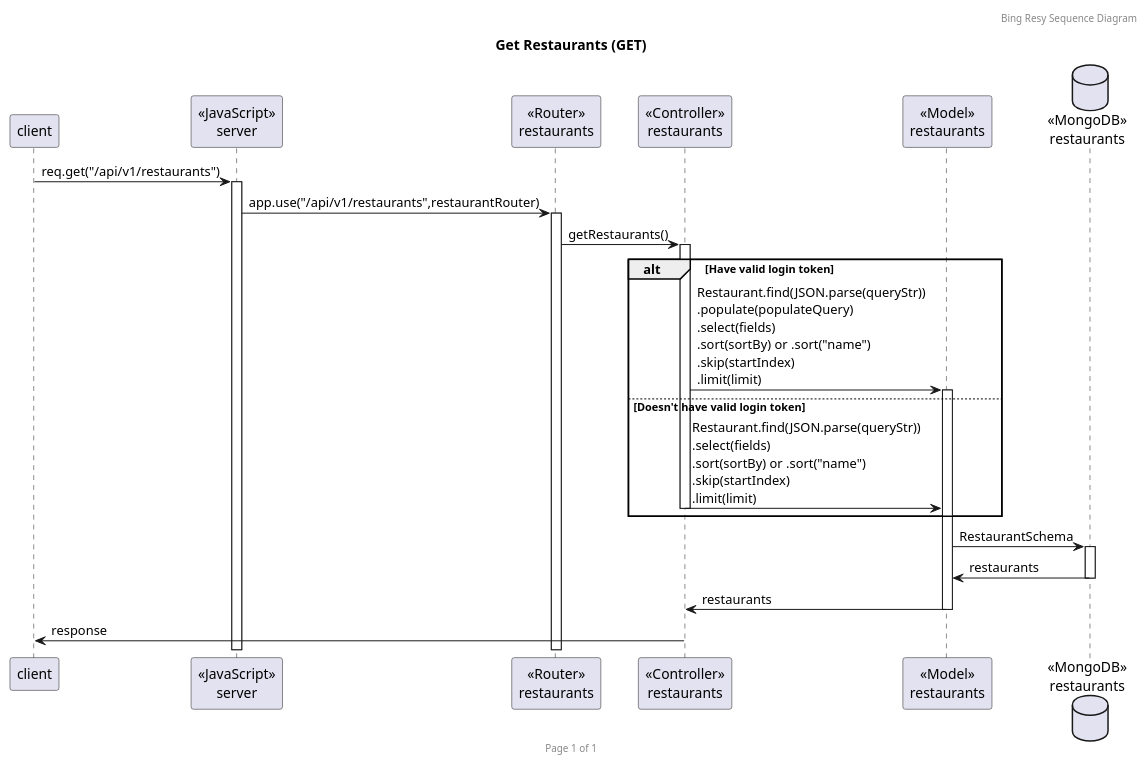
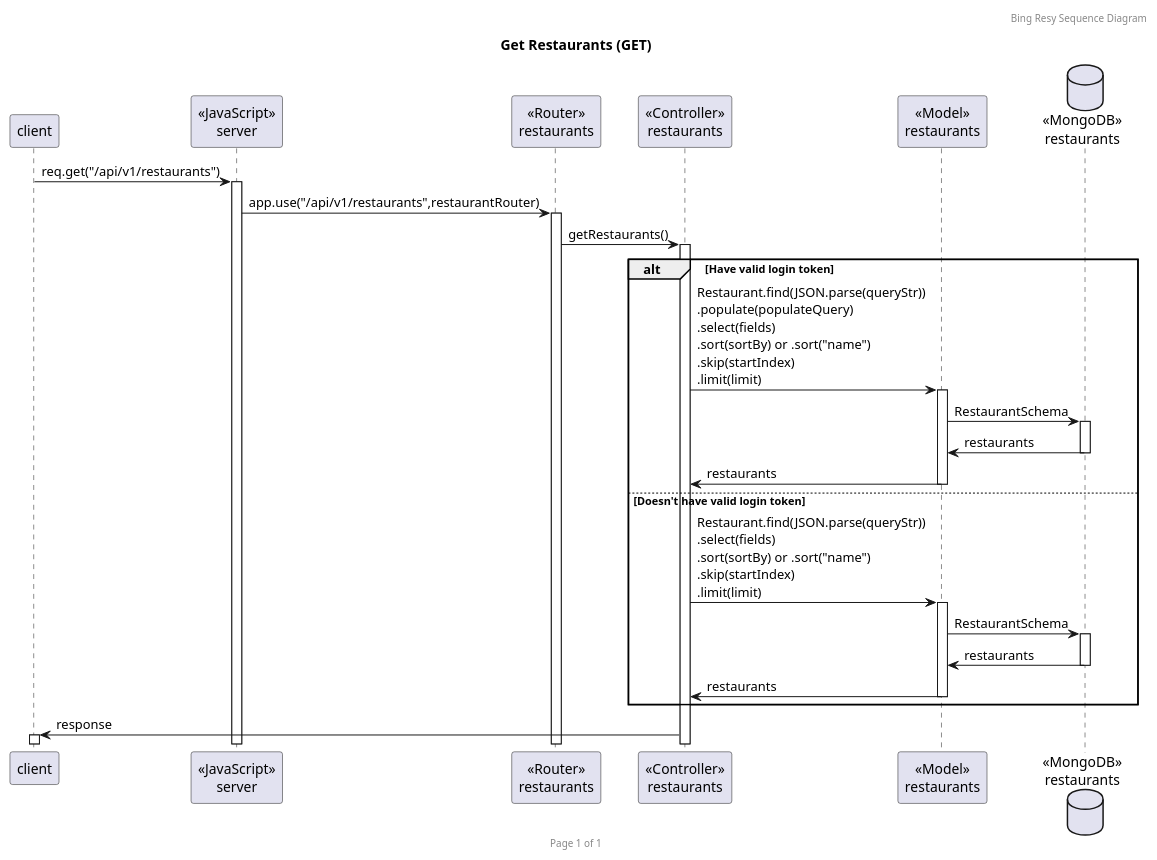
The diagram in PUMLs/restaurants/getRestaurants.puml (NewBieCoderXD/SW_backend_project), drawn with PlantUML before and after one commit. The commit also changed 5 other files, not shown here.

```diff
--- a/PUMLs/restaurants/getRestaurants.puml
+++ b/PUMLs/restaurants/getRestaurants.puml
@@ -1,27 +1,30 @@
 @startuml
 
 header Bing Resy Sequence Diagram
 footer Page %page% of %lastpage%
 title "Get Restaurants (GET)"
 
 participant "client" as client
 participant "<<JavaScript>>\nserver" as server
 participant "<<Router>>\nrestaurants" as restaurantsRouter
 participant "<<Controller>>\nrestaurants" as restaurantsController
 participant "<<Model>>\nrestaurants" as restaurantsModel
 database "<<MongoDB>>\nrestaurants" as restaurantsDatabase
 
 client -> server ++: req.get("/api/v1/restaurants")
 server -> restaurantsRouter ++: app.use("/api/v1/restaurants",restaurantRouter)
 restaurantsRouter -> restaurantsController ++: getRestaurants()
 alt Have valid login token
     restaurantsController -> restaurantsModel ++: Restaurant.find(JSON.parse(queryStr))\n.populate(populateQuery)\n.select(fields)\n.sort(sortBy) or .sort("name")\n.skip(startIndex)\n.limit(limit)
+    restaurantsModel -> restaurantsDatabase ++:RestaurantSchema
+    restaurantsDatabase -> restaurantsModel --:restaurants
+    restaurantsModel -> restaurantsController --:restaurants
 else Doesn't have valid login token
-    restaurantsController -> restaurantsModel --: Restaurant.find(JSON.parse(queryStr))\n.select(fields)\n.sort(sortBy) or .sort("name")\n.skip(startIndex)\n.limit(limit)
+    restaurantsController -> restaurantsModel ++: Restaurant.find(JSON.parse(queryStr))\n.select(fields)\n.sort(sortBy) or .sort("name")\n.skip(startIndex)\n.limit(limit)
+    restaurantsModel -> restaurantsDatabase ++:RestaurantSchema
+    restaurantsDatabase -> restaurantsModel --:restaurants
+    restaurantsModel -> restaurantsController --:restaurants
 end
-restaurantsModel -> restaurantsDatabase ++:RestaurantSchema
-restaurantsDatabase -> restaurantsModel --:restaurants
-restaurantsModel -> restaurantsController --:restaurants
-restaurantsController -> client --:response
+restaurantsController -> client ++:response
 
 @enduml
```
